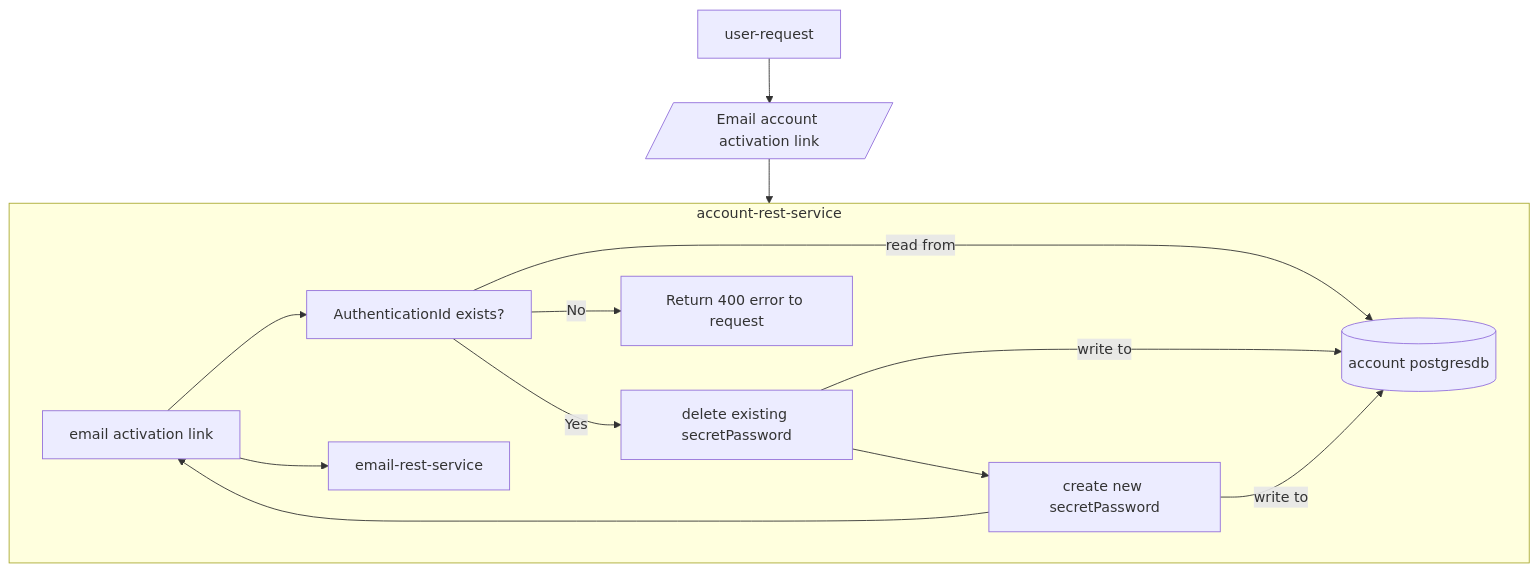
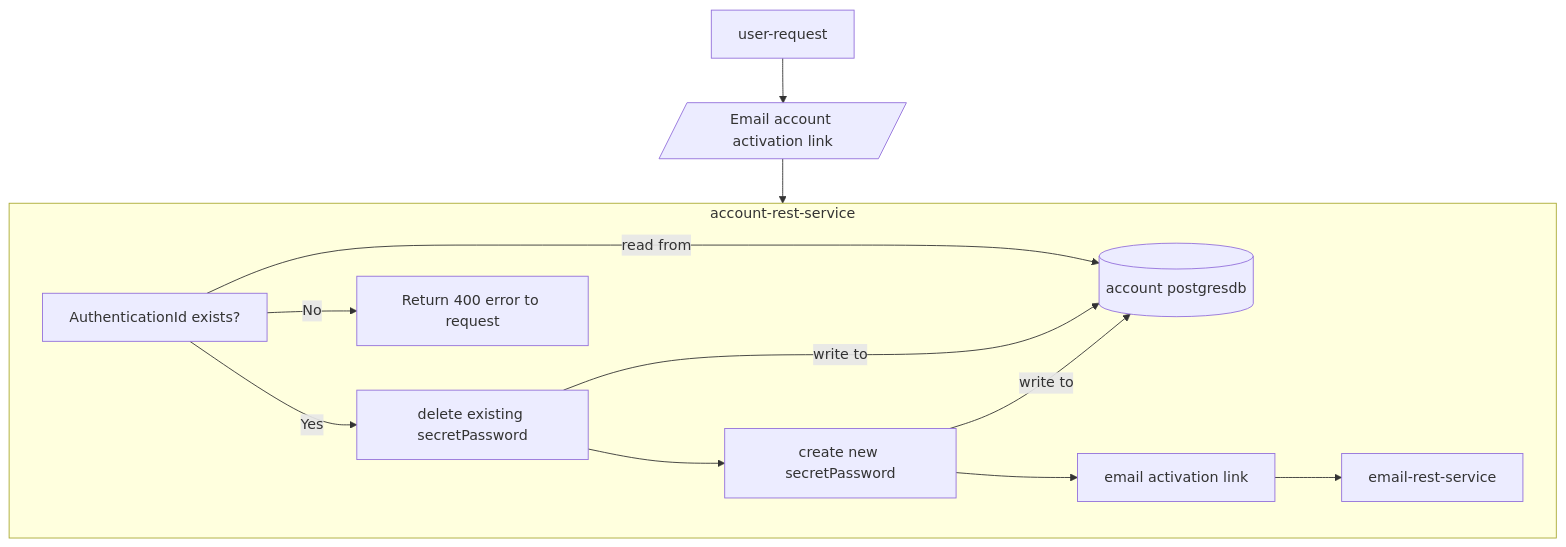
One commit to sonamsamdupkhangsar/account-rest-service changed the third of 8 diagrams in README.md. Above: the diagram before and after it, drawn with Mermaid.

````diff
--- a/README.md
+++ b/README.md
@@ -110,16 +110,16 @@
 ```mermaid
 flowchart TD
   User[user-request] -->UserEmailActivationLink[/Email account activation link/]--> account-rest-service
   
   subgraph account-rest-service
-  emailActivationLink --> validateAuthenticationIdExists["AuthenticationId exists?"]
+  validateAuthenticationIdExists["AuthenticationId exists?"]
   validateAuthenticationIdExists --"read from"--> accountDb[(account postgresdb)]
   validateAuthenticationIdExists -->|Yes| deleteAnySecretPassword["delete existing secretPassword"]
   deleteAnySecretPassword --"write to"--> accountDb
   validateAuthenticationIdExists -->|No| ReturnError[Return 400 error to request]
   deleteAnySecretPassword --> createNewSecretPassword["create new secretPassword"]
   createNewSecretPassword --"write to"--> accountDb
   createNewSecretPassword --> emailActivationLink["email activation link"]
   emailActivationLink --> email-rest-service    
   end              
 ```
````
